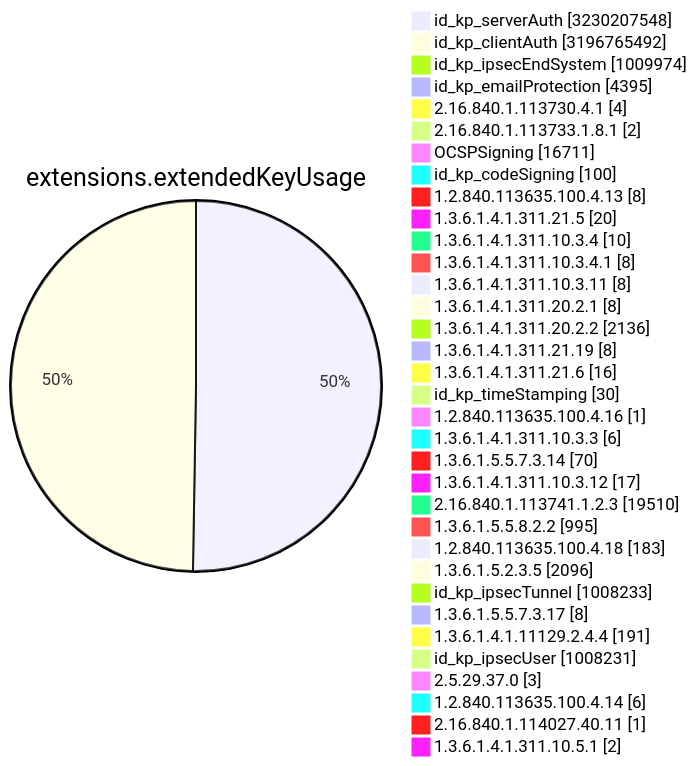
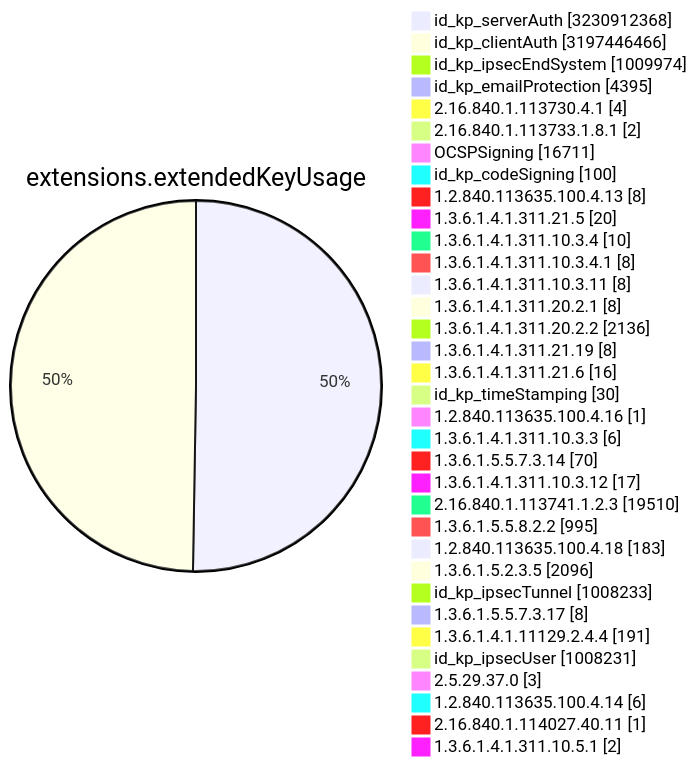
Diagram 11 of 15 in TOTAL/README.md (christiankrug/ctmonitor_visualization), drawn with Mermaid before and after one commit. The commit also changed other lines of this file, not shown here.

````diff
--- a/TOTAL/README.md
+++ b/TOTAL/README.md
@@ -4119,38 +4119,38 @@
 ```mermaid
 pie showData
 title extensions.extendedKeyUsage
-"id_kp_serverAuth" :3230207548
-"id_kp_clientAuth" :3196765492
+"id_kp_serverAuth" :3230912368
+"id_kp_clientAuth" :3197446466
 "id_kp_ipsecEndSystem" :1009974
 "id_kp_emailProtection" :4395
 "2.16.840.1.113730.4.1" :4
 "2.16.840.1.113733.1.8.1" :2
 "OCSPSigning" :16711
 "id_kp_codeSigning" :100
 "1.2.840.113635.100.4.13" :8
 "1.3.6.1.4.1.311.21.5" :20
 "1.3.6.1.4.1.311.10.3.4" :10
 "1.3.6.1.4.1.311.10.3.4.1" :8
 "1.3.6.1.4.1.311.10.3.11" :8
 "1.3.6.1.4.1.311.20.2.1" :8
 "1.3.6.1.4.1.311.20.2.2" :2136
 "1.3.6.1.4.1.311.21.19" :8
 "1.3.6.1.4.1.311.21.6" :16
 "id_kp_timeStamping" :30
 "1.2.840.113635.100.4.16" :1
 "1.3.6.1.4.1.311.10.3.3" :6
 "1.3.6.1.5.5.7.3.14" :70
 "1.3.6.1.4.1.311.10.3.12" :17
 "2.16.840.1.113741.1.2.3" :19510
 "1.3.6.1.5.5.8.2.2" :995
 "1.2.840.113635.100.4.18" :183
 "1.3.6.1.5.2.3.5" :2096
 "id_kp_ipsecTunnel" :1008233
 "1.3.6.1.5.5.7.3.17" :8
 "1.3.6.1.4.1.11129.2.4.4" :191
 "id_kp_ipsecUser" :1008231
 "2.5.29.37.0" :3
 "1.2.840.113635.100.4.14" :6
 "2.16.840.1.114027.40.11" :1
 "1.3.6.1.4.1.311.10.5.1" :2
 ```
````
